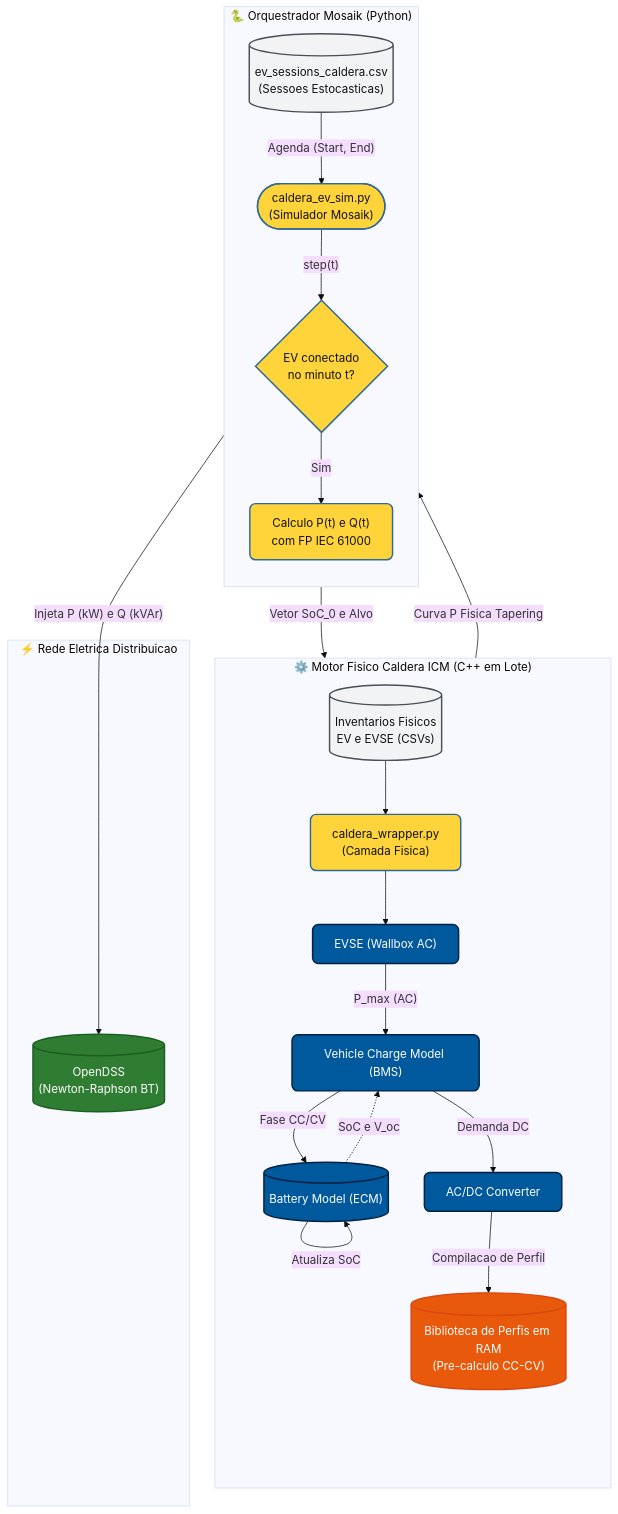
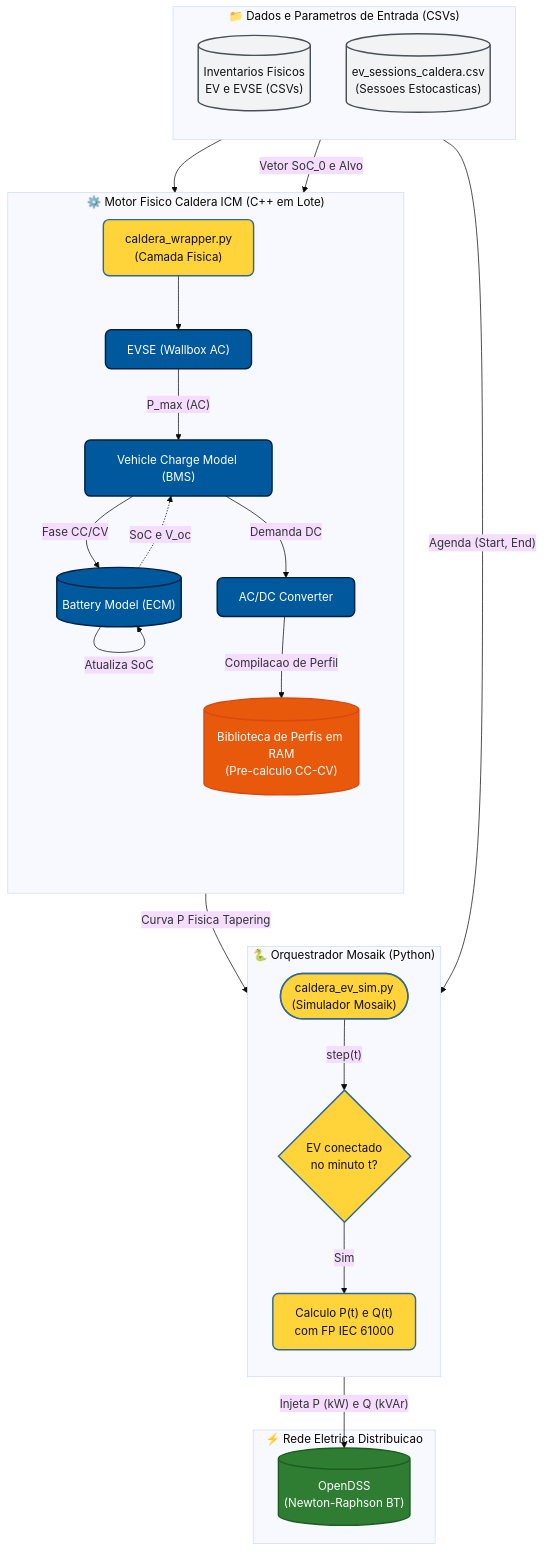
Before and after one commit to grei-ufc/ev-charge-analysis-2026: the diagram in docs/modelagem_veiculos_eletricos.md, drawn with Mermaid (base theme). The commit also changed 17 other files, not shown here.

````diff
--- a/docs/modelagem_veiculos_eletricos.md
+++ b/docs/modelagem_veiculos_eletricos.md
@@ -121,59 +121,63 @@
 ```mermaid
 flowchart TB
     %% Estilos limpos e compativeis
     classDef python fill:#ffd43b,stroke:#306998,stroke-width:2px,color:#111,rx:8,ry:8;
     classDef cpp fill:#00599C,stroke:#002244,stroke-width:2px,color:#fff,rx:8,ry:8;
     classDef grid fill:#2e7d32,stroke:#1b5e20,stroke-width:2px,color:#fff,rx:8,ry:8;
     classDef data fill:#f1f3f5,stroke:#495057,stroke-width:2px,color:#111,rx:8,ry:8;
     classDef cache fill:#e8590c,stroke:#d9480f,stroke-width:2px,color:#fff,rx:8,ry:8;
 
+    subgraph Dados["📁 Dados e Parametros de Entrada (CSVs)"]
+        direction TB
+        CSV_INV[("Inventarios Fisicos<br>EV e EVSE (CSVs)")]
+        SESS[("ev_sessions_caldera.csv<br>(Sessoes Estocasticas)")]
+    end
+
     subgraph Caldera["⚙️ Motor Fisico Caldera ICM (C++ em Lote)"]
         direction TB
-        CSV_INV[("Inventarios Fisicos<br>EV e EVSE (CSVs)")]
         WRAP["caldera_wrapper.py<br>(Camada Fisica)"]
         
         EVSE["EVSE (Wallbox AC)"]
         BMS["Vehicle Charge Model (BMS)"]
         BAT[("Battery Model (ECM)")]
         CONV["AC/DC Converter"]
         
         LIB[("Biblioteca de Perfis em RAM<br>(Pre-calculo CC-CV)")]
         
-        CSV_INV --> WRAP
         WRAP --> EVSE
         EVSE -- "P_max (AC)" --> BMS
         BAT -. "SoC e V_oc" .-> BMS
         BMS -- "Fase CC/CV" --> BAT
         BAT -- "Atualiza SoC" --> BAT
         BMS -- "Demanda DC" --> CONV
         CONV -- "Compilacao de Perfil" --> LIB
     end
 
     subgraph Mosaik["🐍 Orquestrador Mosaik (Python)"]
         direction TB
-        SESS[("ev_sessions_caldera.csv<br>(Sessoes Estocasticas)")]
         SIM(["caldera_ev_sim.py<br>(Simulador Mosaik)"])
         DECISOR{"EV conectado<br>no minuto t?"}
         CALC["Calculo P(t) e Q(t)<br>com FP IEC 61000"]
         
-        SESS -- "Agenda (Start, End)" --> SIM
         SIM -- "step(t)" --> DECISOR
         DECISOR -- "Sim" --> CALC
     end
 
     subgraph Grid["⚡ Rede Eletrica Distribuicao"]
         DSS[("OpenDSS<br>(Newton-Raphson BT)")]
     end
 
     %% Conexoes cruzadas
+    CSV_INV --> WRAP
     SESS -- "Vetor SoC_0 e Alvo" --> WRAP
+    SESS -- "Agenda (Start, End)" --> SIM
     LIB -- "Curva P Fisica Tapering" --> SIM
     CALC -- "Injeta P (kW) e Q (kVAr)" --> DSS
 
     %% Classes
     class CSV_INV,SESS data;
     class WRAP,SIM,DECISOR,CALC python;
     class EVSE,BMS,BAT,CONV cpp;
     class LIB cache;
     class DSS grid;
 ```
````
